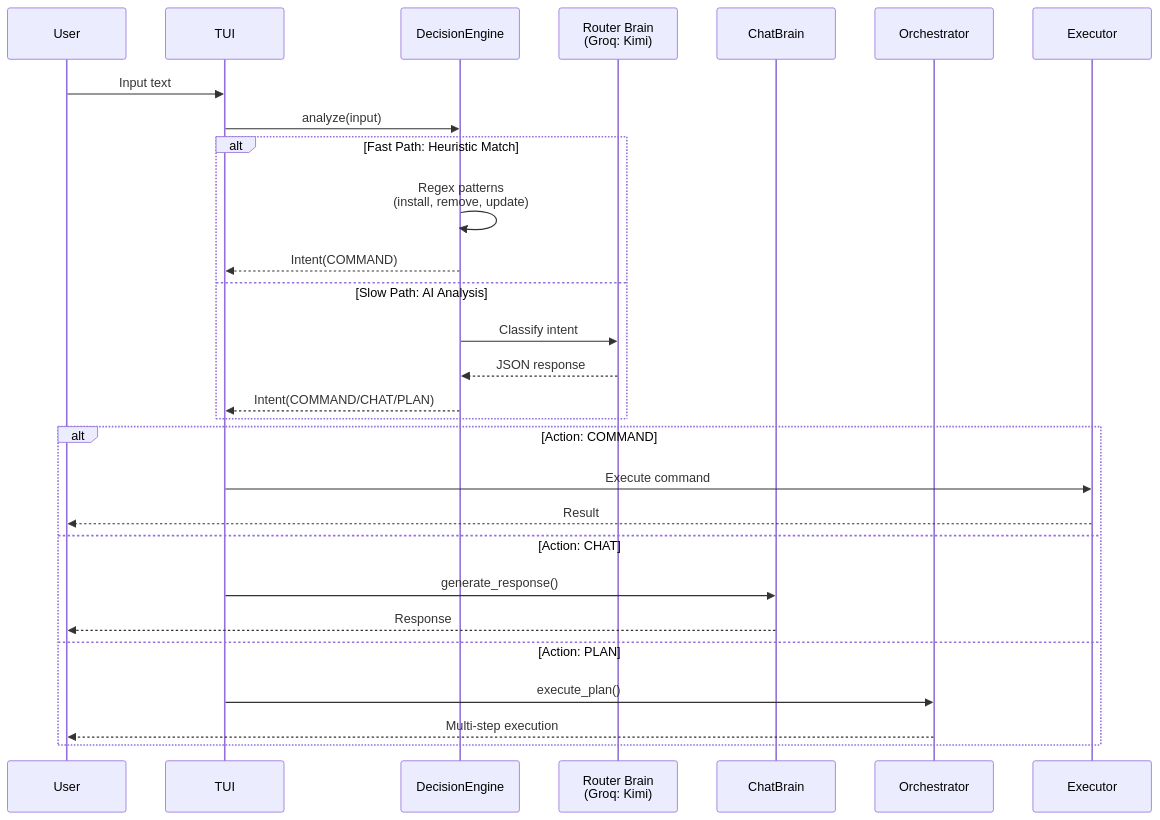
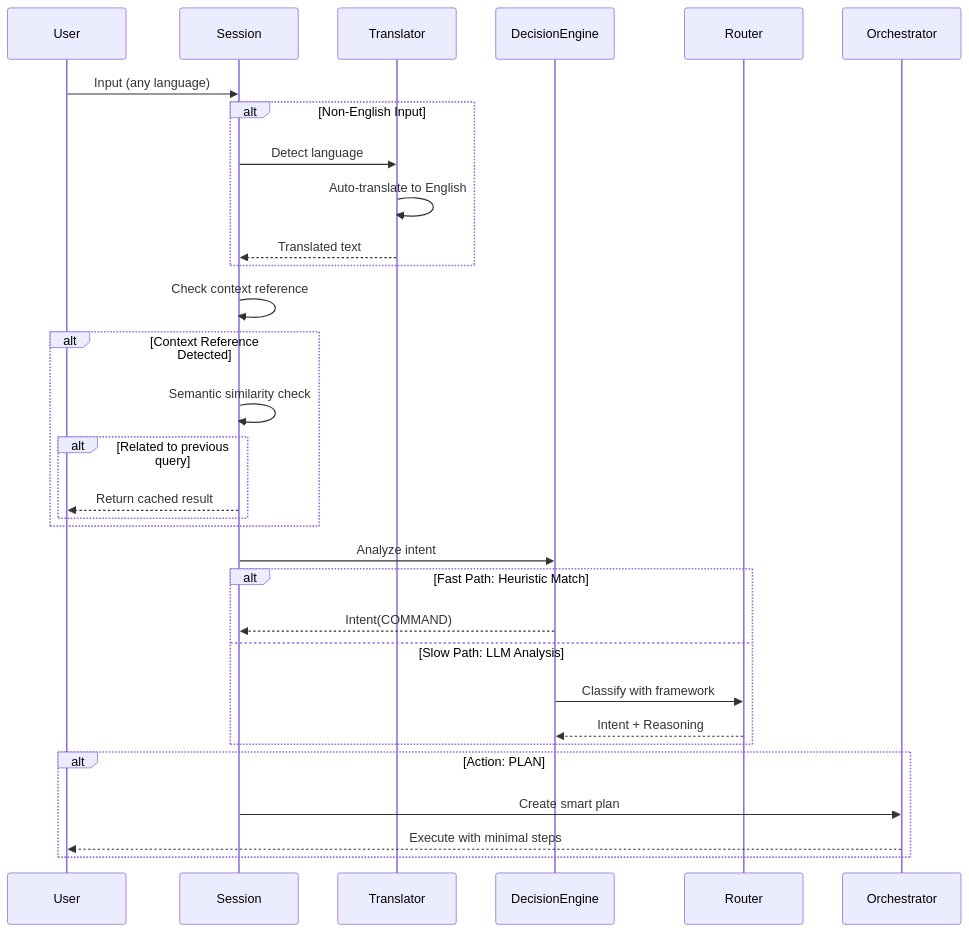
One commit to Garvit1000/nexus changed the second of 4 diagrams in README.md. Above: the diagram before and after it, drawn with Mermaid. The commit also changed other lines of this file and 5 other files, not shown here.

````diff
--- a/README.md
+++ b/README.md
@@ -118,33 +172,40 @@
 ```mermaid
 sequenceDiagram
     participant User
-    participant TUI
+    participant Session
+    participant Translator
     participant DecisionEngine
-    participant Router as Router Brain<br/>(Groq: Kimi)
-    participant ChatBrain
+    participant Router
     participant Orchestrator
-    participant Executor
     
-    User->>TUI: Input text
-    TUI->>DecisionEngine: analyze(input)
+    User->>Session: Input (any language)
+    
+    alt Non-English Input
+        Session->>Translator: Detect language
+        Translator->>Translator: Auto-translate to English
+        Translator-->>Session: Translated text
+    end
+    
+    Session->>Session: Check context reference
+    
+    alt Context Reference Detected
+        Session->>Session: Semantic similarity check
+        alt Related to previous query
+            Session-->>User: Return cached result
+        end
+    end
+    
+    Session->>DecisionEngine: Analyze intent
     
     alt Fast Path: Heuristic Match
-        DecisionEngine->>DecisionEngine: Regex patterns<br/>(install, remove, update)
-        DecisionEngine-->>TUI: Intent(COMMAND)
-    else Slow Path: AI Analysis
-        DecisionEngine->>Router: Classify intent
-        Router-->>DecisionEngine: JSON response
-        DecisionEngine-->>TUI: Intent(COMMAND/CHAT/PLAN)
+        DecisionEngine-->>Session: Intent(COMMAND)
+    else Slow Path: LLM Analysis
+        DecisionEngine->>Router: Classify with framework
+        Router-->>DecisionEngine: Intent + Reasoning
     end
     
-    alt Action: COMMAND
-        TUI->>Executor: Execute command
-        Executor-->>User: Result
-    else Action: CHAT
-        TUI->>ChatBrain: generate_response()
-        ChatBrain-->>User: Response
-    else Action: PLAN
-        TUI->>Orchestrator: execute_plan()
-        Orchestrator-->>User: Multi-step execution
+    alt Action: PLAN
+        Session->>Orchestrator: Create smart plan
+        Orchestrator-->>User: Execute with minimal steps
     end
 ```
````
